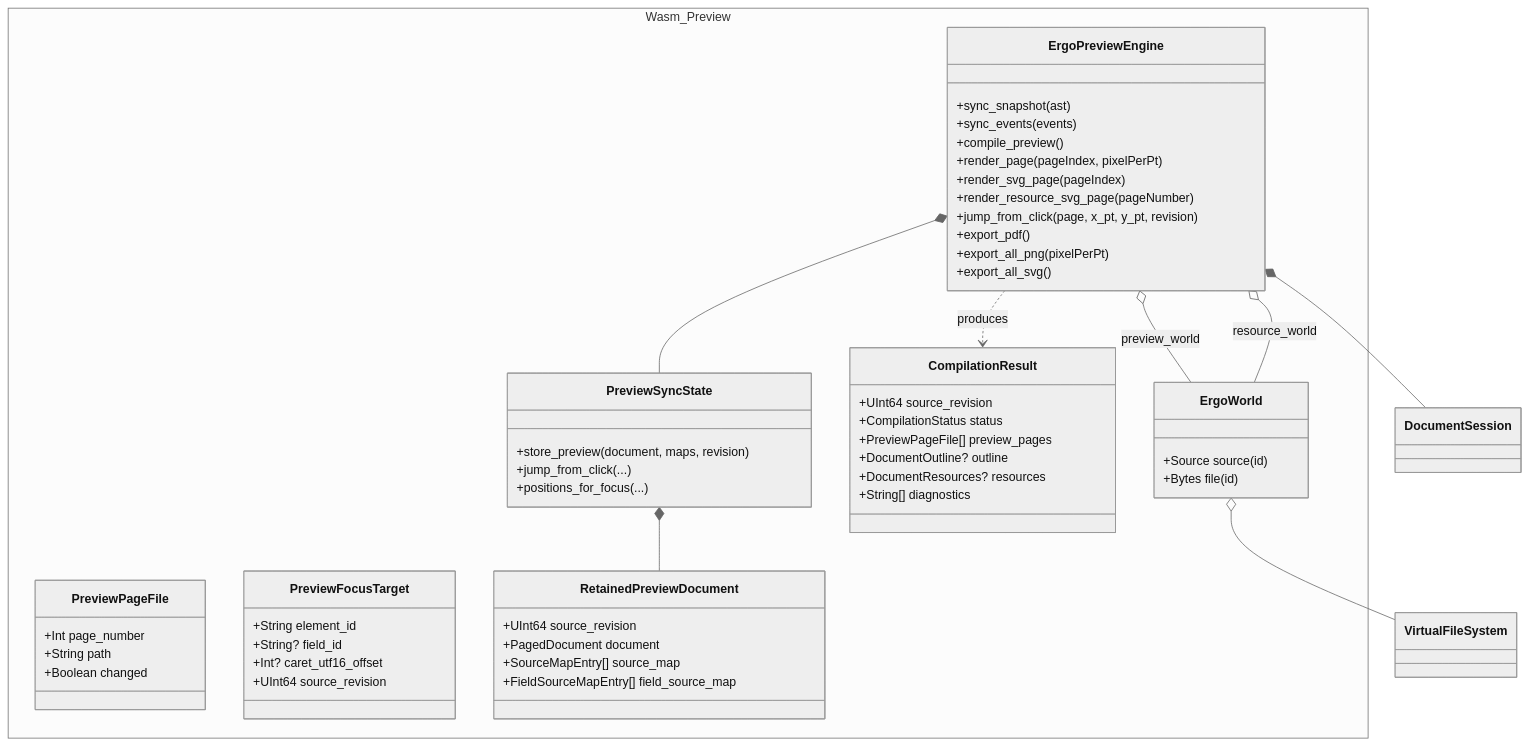
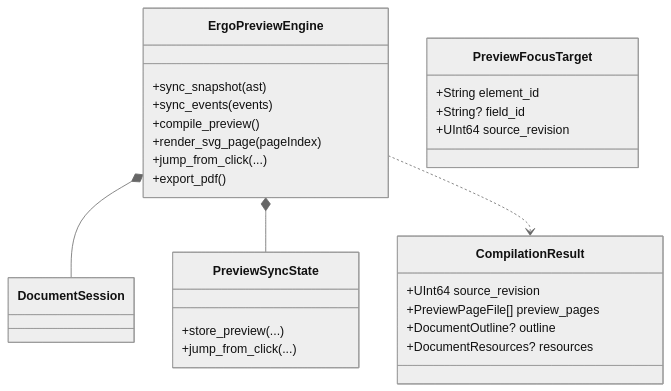
One commit to andmoreduro/ergo changed the sixth of 6 diagrams in context/class-diagrams.md. Above: the diagram before and after it, drawn with Mermaid (neutral theme). The commit also changed other lines of this file and 374 other files, not shown here.

````diff
--- a/context/class-diagrams.md
+++ b/context/class-diagrams.md
@@ -314,65 +205,29 @@
 ```mermaid
 classDiagram
-    namespace Wasm_Preview {
-        class ErgoPreviewEngine {
-            +sync_snapshot(ast)
-            +sync_events(events)
-            +compile_preview()
-            +render_page(pageIndex, pixelPerPt)
-            +render_svg_page(pageIndex)
-            +render_resource_svg_page(pageNumber)
-            +jump_from_click(page, x_pt, y_pt, revision)
-            +export_pdf()
-            +export_all_png(pixelPerPt)
-            +export_all_svg()
-        }
-
-        class PreviewSyncState {
-            +store_preview(document, maps, revision)
-            +jump_from_click(...)
-            +positions_for_focus(...)
-        }
-
-        class CompilationResult {
-            +UInt64 source_revision
-            +CompilationStatus status
-            +PreviewPageFile[] preview_pages
-            +DocumentOutline? outline
-            +DocumentResources? resources
-            +String[] diagnostics
-        }
-
-        class PreviewPageFile {
-            +Int page_number
-            +String path
-            +Boolean changed
-        }
-
-        class ErgoWorld {
-            +Source source(id)
-            +Bytes file(id)
-        }
-
-        class PreviewFocusTarget {
-            +String element_id
-            +String? field_id
-            +Int? caret_utf16_offset
-            +UInt64 source_revision
-        }
-
-        class RetainedPreviewDocument {
-            +UInt64 source_revision
-            +PagedDocument document
-            +SourceMapEntry[] source_map
-            +FieldSourceMapEntry[] field_source_map
-        }
+    class ErgoPreviewEngine {
+        +sync_snapshot(ast)
+        +sync_events(events)
+        +compile_preview()
+        +render_svg_page(pageIndex)
+        +jump_from_click(...)
+        +export_pdf()
     }
-
+    class PreviewSyncState {
+        +store_preview(...)
+        +jump_from_click(...)
+    }
+    class CompilationResult {
+        +UInt64 source_revision
+        +PreviewPageFile[] preview_pages
+        +DocumentOutline? outline
+        +DocumentResources? resources
+    }
+    class PreviewFocusTarget {
+        +String element_id
+        +String? field_id
+        +UInt64 source_revision
+    }
     ErgoPreviewEngine *-- DocumentSession
     ErgoPreviewEngine *-- PreviewSyncState
-    ErgoPreviewEngine o-- ErgoWorld : preview_world
-    ErgoPreviewEngine o-- ErgoWorld : resource_world
-    ErgoPreviewEngine ..> CompilationResult : produces
-    PreviewSyncState *-- RetainedPreviewDocument
-    ErgoWorld o-- VirtualFileSystem
+    ErgoPreviewEngine ..> CompilationResult
 ```
````
